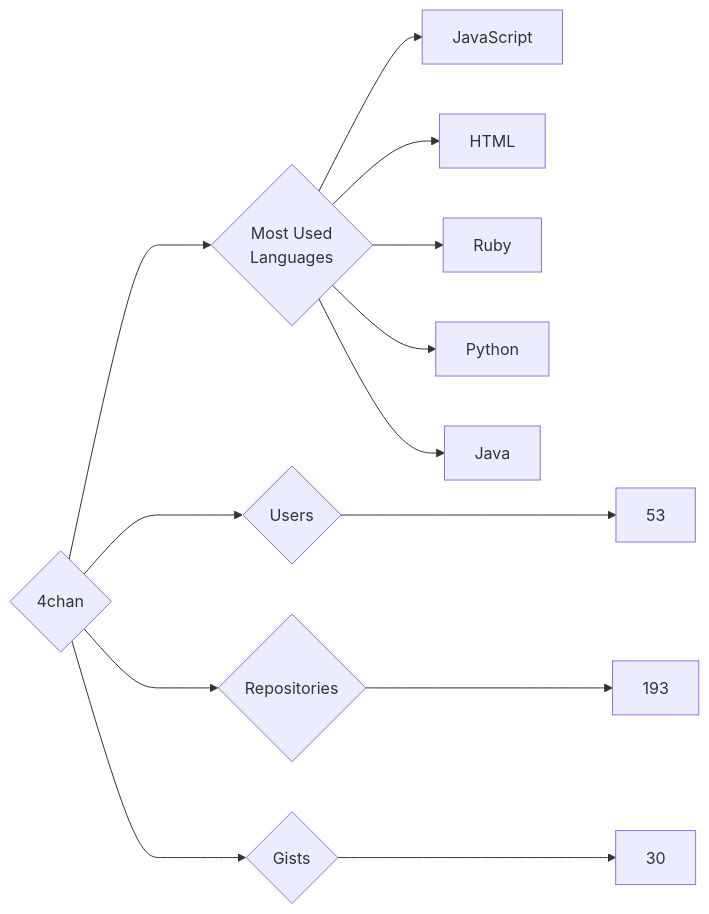
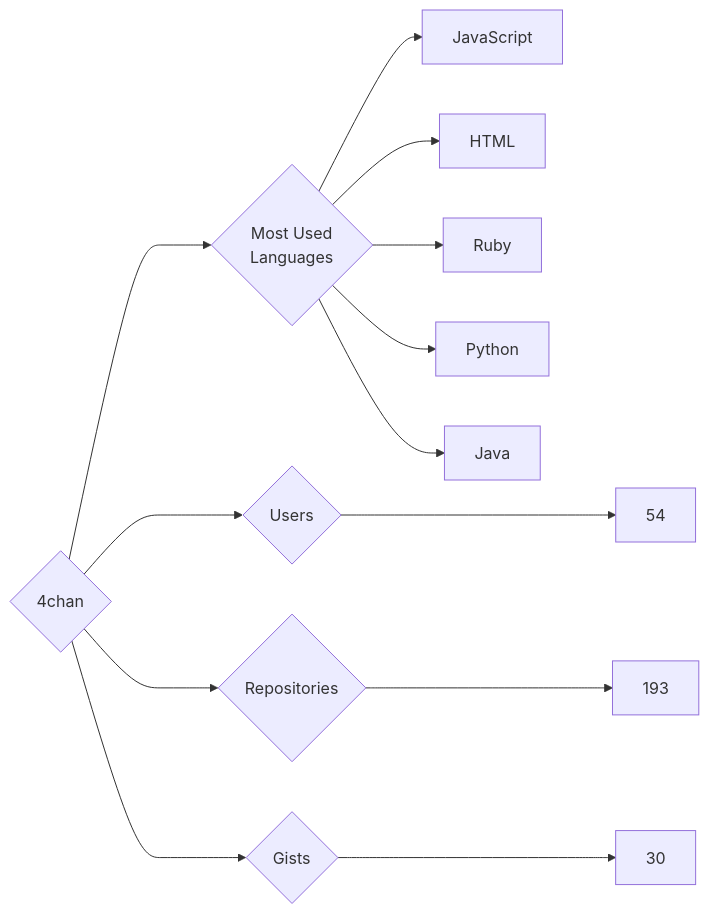
Before and after one commit to trickest/insiders: the diagram in targets/4chan/README.md, drawn with Mermaid. The commit also changed 993 other files, not shown here.

````diff
--- a/targets/4chan/README.md
+++ b/targets/4chan/README.md
@@ -3,13 +3,13 @@
 ```mermaid
 graph LR
 COMPANY_NAME{4chan}
-COMPANY_NAME ---> U{Users} ---> UN[53]
+COMPANY_NAME ---> U{Users} ---> UN[54]
 COMPANY_NAME ---> R{Repositories} ---> RN[193]
 COMPANY_NAME ---> G{Gists} ---> GN[30]
 COMPANY_NAME ---> ML{Most Used<br>Languages}
 ML --> JavaScript[JavaScript]
 ML --> HTML[HTML]
 ML --> Ruby[Ruby]
 ML --> Python[Python]
 ML --> Java[Java]
 ```
````
